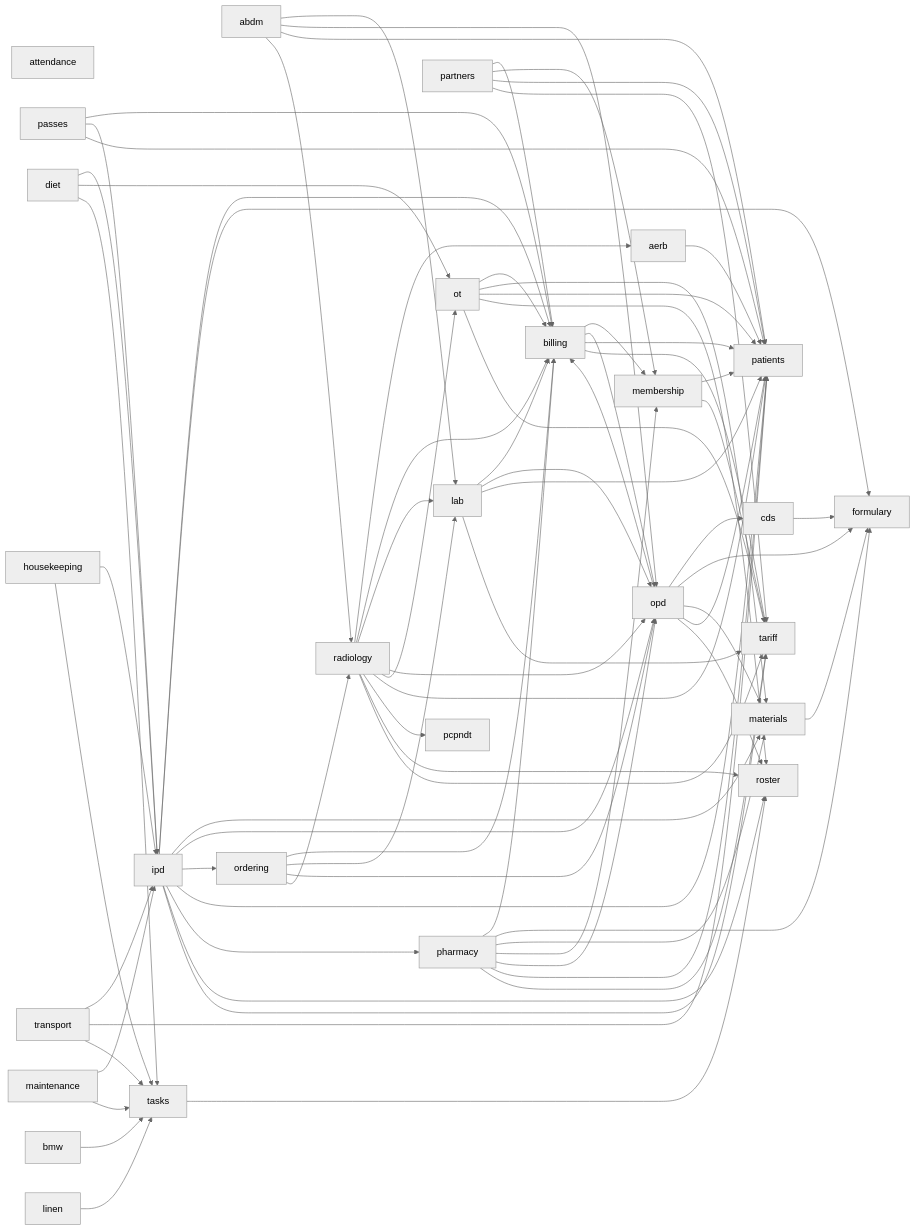
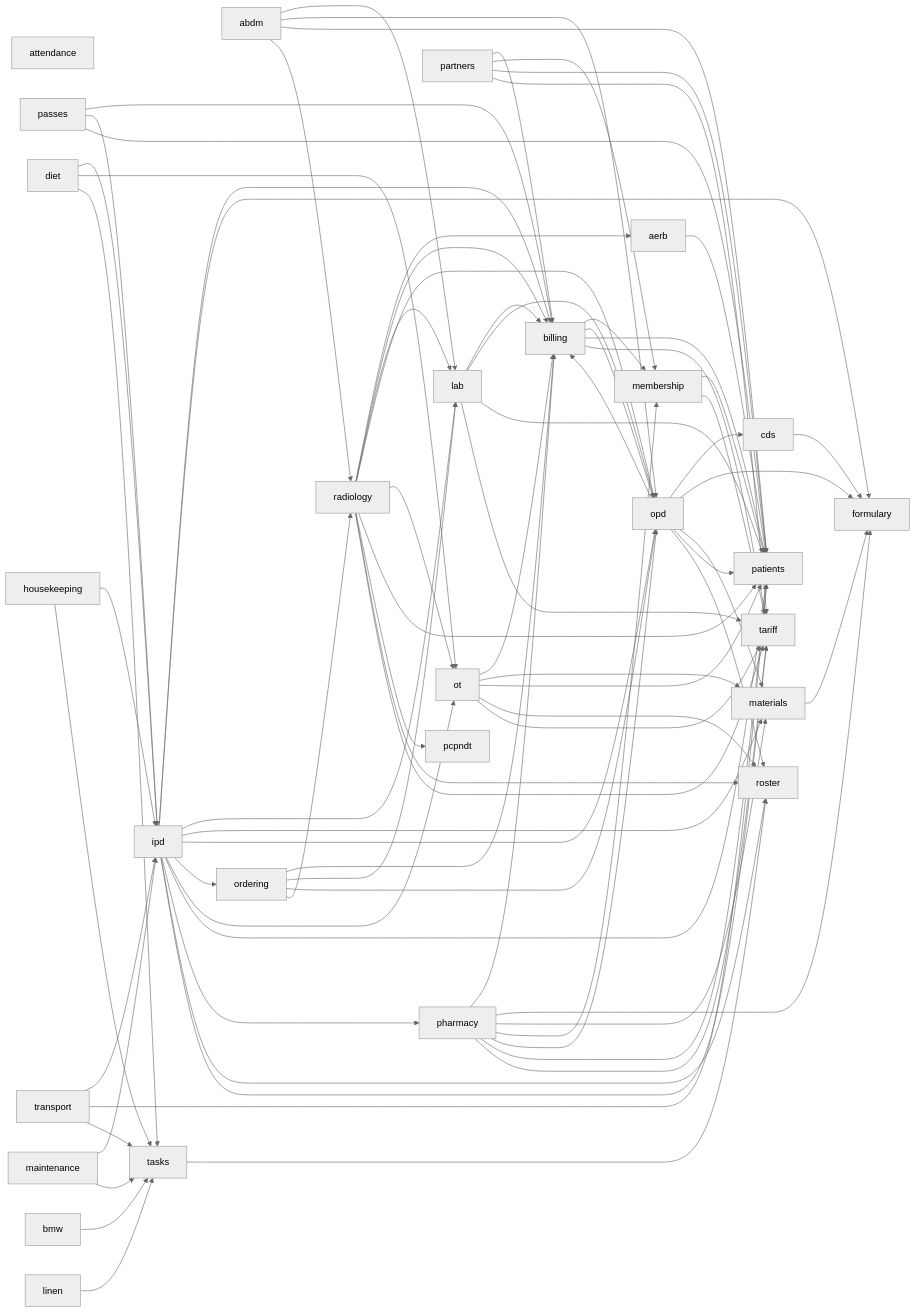
Before and after one commit to ankits3a/hims-hmis: the second of 2 diagrams in docs/architecture/README.md, drawn with Mermaid (neutral theme). The commit also changed other lines of this file and 12 other files, not shown here.

```diff
--- a/docs/architecture/README.md
+++ b/docs/architecture/README.md
@@ -76,9 +76,11 @@
   housekeeping --> tasks
   ipd --> billing
   ipd --> formulary
+  ipd --> lab
   ipd --> materials
   ipd --> opd
   ipd --> ordering
+  ipd --> ot
   ipd --> patients
   ipd --> pharmacy
   ipd --> roster
```
